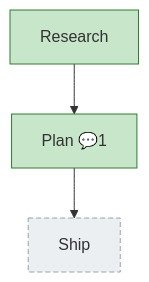
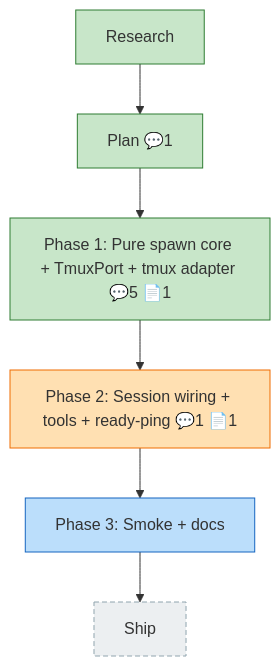
One commit to vaughanknight/pij changed the diagram in docs/plans/017-pij-spawn-tmux-windows/the-flow.md. Above: the diagram before and after it, drawn with Mermaid. The commit also changed other lines of this file and 16 other files, not shown here.

First line of the commit message:
feat(pij): Phase 2 — session wiring + spawn/close tools + ready-ping (plan 017)

````diff
--- a/docs/plans/017-pij-spawn-tmux-windows/the-flow.md
+++ b/docs/plans/017-pij-spawn-tmux-windows/the-flow.md
@@ -8,22 +8,28 @@
 ```mermaid
 flowchart TD
     ship["Ship"]:::assumed
     plan["Plan 💬1"]:::done
     research["Research"]:::done
+    phase_1["Phase 1: Pure spawn core + TmuxPort + tmux adapter 💬5 📄1"]:::done
+    phase_2["Phase 2: Session wiring + tools + ready-ping 💬1 📄1"]:::wip
+    phase_3["Phase 3: Smoke + docs"]:::known
 
-    plan --> ship
+    plan --> phase_1
     research --> plan
+    phase_1 --> phase_2
+    phase_2 --> phase_3
+    phase_3 --> ship
 
     classDef done fill:#C8E6C9,stroke:#2E7D32;
     classDef wip fill:#FFE0B2,stroke:#EF6C00;
     classDef blocked fill:#FFCDD2,stroke:#C62828;
     classDef known fill:#BBDEFB,stroke:#1565C0;
     classDef assumed fill:#ECEFF1,stroke:#90A4AE,stroke-dasharray:5 3;
     classDef said fill:#FFF9C4,stroke:#F9A825;
     classDef harness fill:#EDE7F6,stroke:#673AB7;
     classDef decision fill:#FFF3E0,stroke:#FB8C00,stroke-dasharray:2 2;
     classDef companion fill:#D1C4E9,stroke:#5E35B1;
     classDef worker fill:#B2DFDB,stroke:#00897B;
     classDef chore fill:#E0F2F1,stroke:#00897B,stroke-dasharray:3 2;
     classDef unknown fill:#FAFAFA,stroke:#BDBDBD,stroke-dasharray:1 4;
 ```
````
